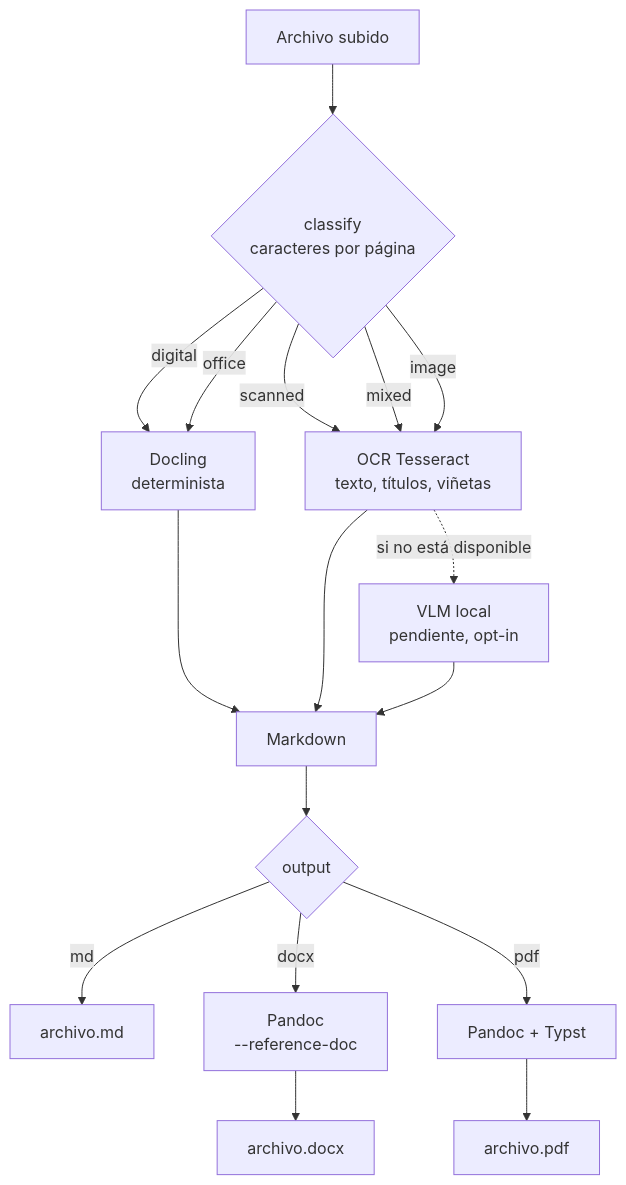
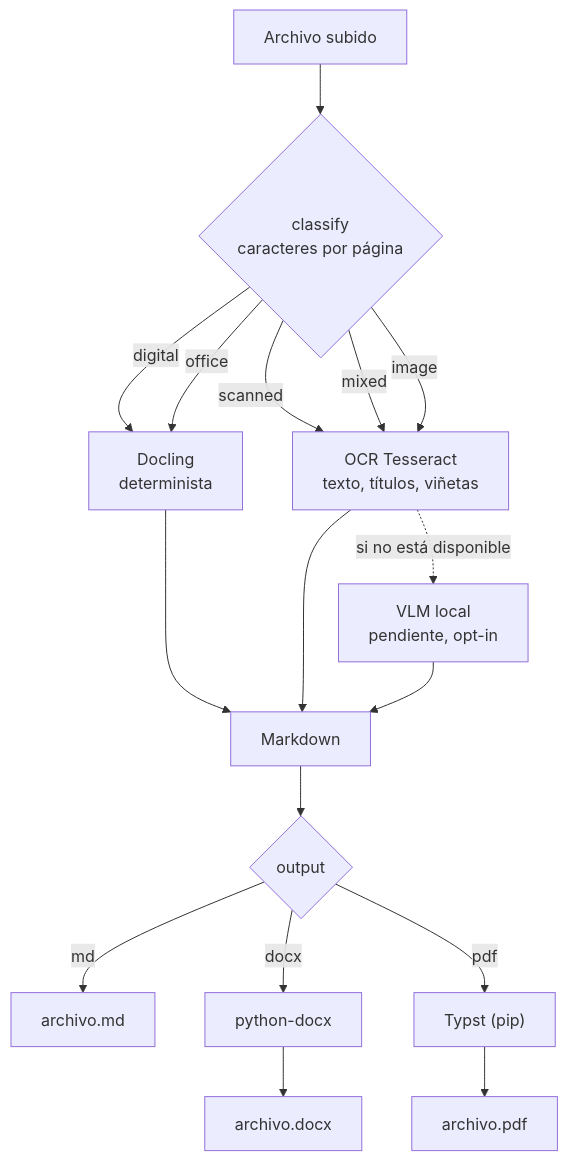
The diagram in README.md (cesardataviz/files2md), drawn with Mermaid before and after one commit. The commit also changed other lines of this file and 33 other files, not shown here.

Commit message:
Preprocesado de fotos para OCR, exportación Word/PDF con python-docx y typst, descarga en lote

````diff
--- a/README.md
+++ b/README.md
@@ -16,22 +16,22 @@
 ```mermaid
 flowchart TD
     input["Archivo subido"] --> cls{"classify<br/>caracteres por página"}
 
     cls -- digital --> docling["Docling<br/>determinista"]
     cls -- office --> docling
     cls -- scanned --> ocr["OCR Tesseract<br/>texto, títulos, viñetas"]
     cls -- mixed --> ocr
     cls -- image --> ocr
     ocr -. "si no está disponible" .-> vlm["VLM local<br/>pendiente, opt-in"]
 
     docling --> md["Markdown"]
     ocr --> md
     vlm --> md
 
     md --> fmt{"output"}
     fmt -- md --> outmd["archivo.md"]
-    fmt -- docx --> pdocx["Pandoc<br/>--reference-doc"]
-    fmt -- pdf --> ppdf["Pandoc + Typst"]
+    fmt -- docx --> pdocx["python-docx"]
+    fmt -- pdf --> ppdf["Typst (pip)"]
     pdocx --> outdocx["archivo.docx"]
     ppdf --> outpdf["archivo.pdf"]
 ```
````
